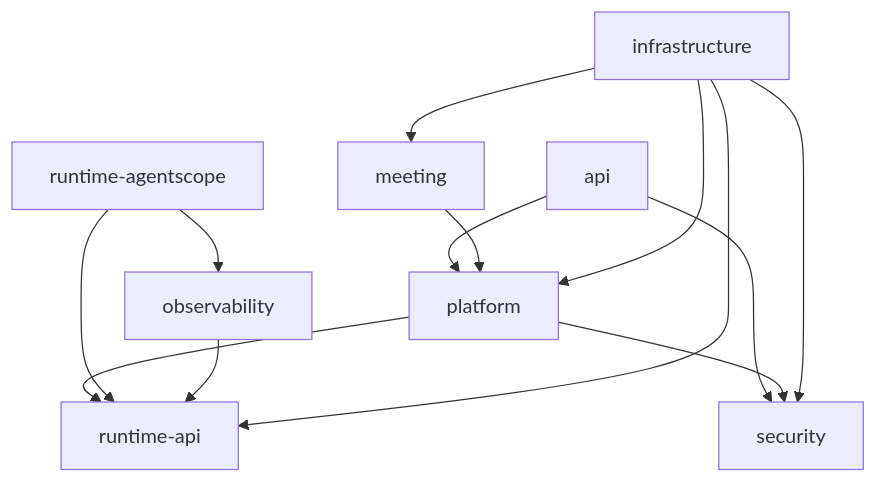
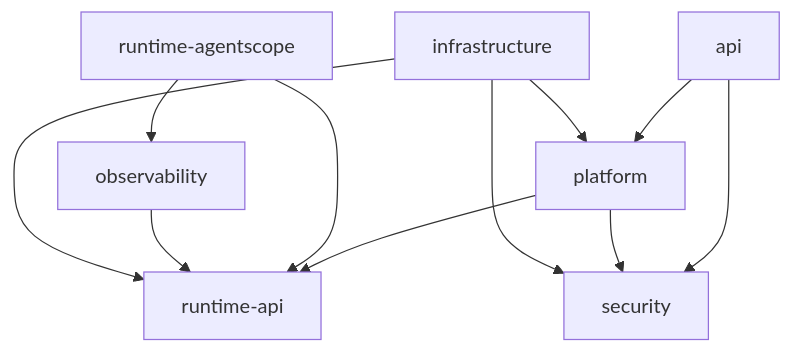
The diagram in docs/design/agent-platform/平台整体工程架构.md (BeyondzychenProton/haizhou-brain), drawn with Mermaid before and after one commit. The commit also changed other lines of this file and 11 other files, not shown here.

````diff
--- a/docs/design/agent-platform/平台整体工程架构.md
+++ b/docs/design/agent-platform/平台整体工程架构.md
@@ -83,15 +85,13 @@
 ```mermaid
 flowchart TD
     API[api] --> P[platform]
     API --> S[security]
     P --> R[runtime-api]
     P --> S
-    M[meeting] --> P
     A[runtime-agentscope] --> R
     A --> O[observability]
     O --> R
     I[infrastructure] --> P
     I --> S
-    I --> M
     I --> R
 ```
````
